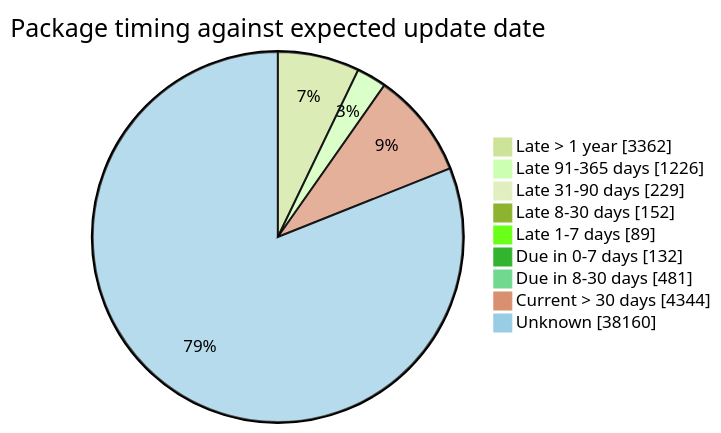
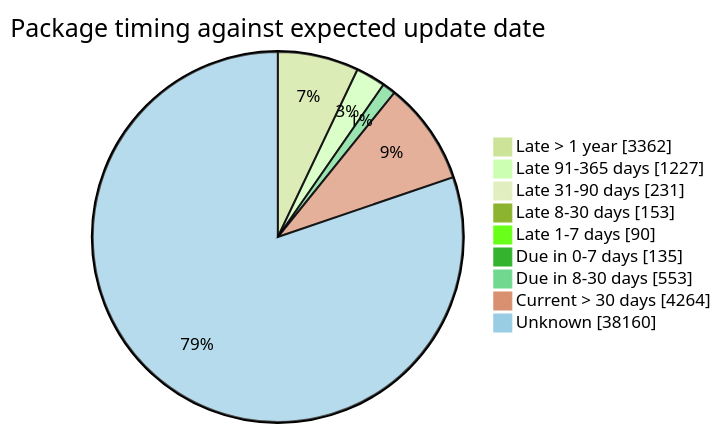
One commit to open-data/analytics-corporate-reporting changed the fourth of 5 diagrams in FreshCheck/README.md. Above: the diagram before and after it, drawn with Mermaid (forest theme). The commit also changed other lines of this file and 3 other files, not shown here.

````diff
--- a/FreshCheck/README.md
+++ b/FreshCheck/README.md
@@ -86,12 +86,12 @@
 ```mermaid
 pie showData title Package timing against expected update date
     "Late > 1 year": 3362
-    "Late 91-365 days": 1226
-    "Late 31-90 days": 229
-    "Late 8-30 days": 152
-    "Late 1-7 days": 89
-    "Due in 0-7 days": 132
-    "Due in 8-30 days": 481
-    "Current > 30 days": 4344
+    "Late 91-365 days": 1227
+    "Late 31-90 days": 231
+    "Late 8-30 days": 153
+    "Late 1-7 days": 90
+    "Due in 0-7 days": 135
+    "Due in 8-30 days": 553
+    "Current > 30 days": 4264
     "Unknown": 38160
 ```
````
